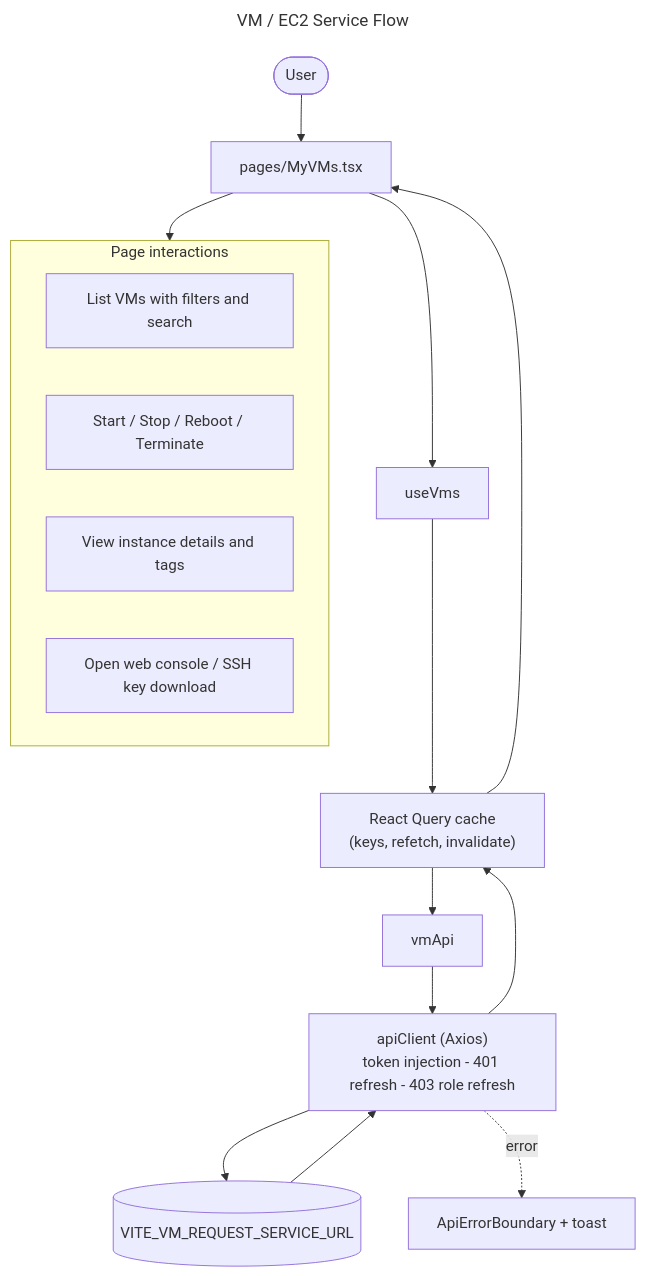
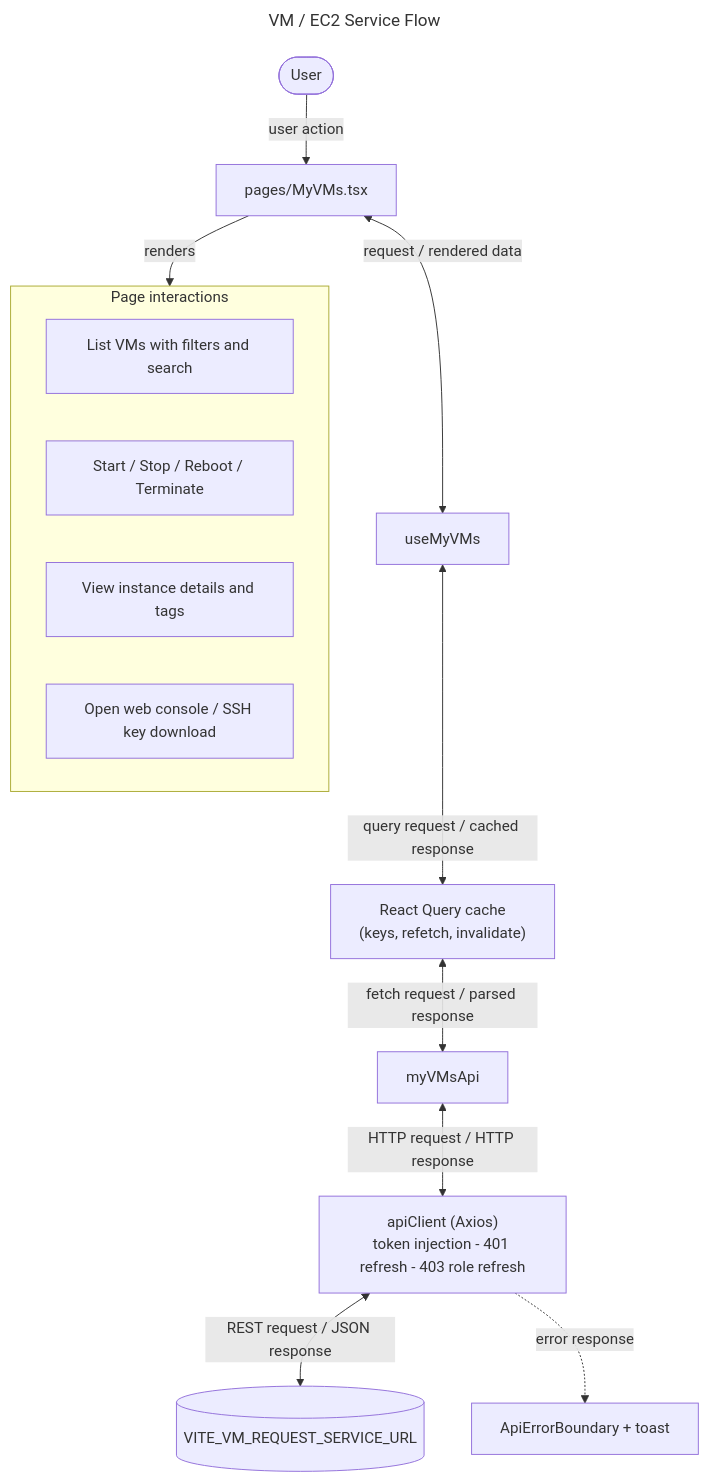
One commit to sayeeduddinofficial/user-table-view changed the diagram in docs/flowcharts/vm-ec2.mmd. Above: the diagram before and after it, drawn with Mermaid. The commit also changed 18 other files, not shown here.

```diff
--- a/docs/flowcharts/vm-ec2.mmd
+++ b/docs/flowcharts/vm-ec2.mmd
@@ -1,19 +1,18 @@
 ---
 title: VM / EC2 Service Flow
 ---
 flowchart TD
-  U([User]) --> P["pages/MyVMs.tsx"]
-  P --> H["useVms"]
-  H --> Q["React Query cache<br/>(keys, refetch, invalidate)"]
-  Q --> A["vmApi"]
-  A --> C["apiClient (Axios)<br/>token injection - 401 refresh - 403 role refresh"]
-  C --> S[("VITE_VM_REQUEST_SERVICE_URL")]
-  S --> C --> Q --> P
+  U([User]) -->|"user action"| P["pages/MyVMs.tsx"]
+  P <-->|"request / rendered data"| H["useMyVMs"]
+  H <-->|"query request / cached response"| Q["React Query cache<br/>(keys, refetch, invalidate)"]
+  Q <-->|"fetch request / parsed response"| A["myVMsApi"]
+  A <-->|"HTTP request / HTTP response"| C["apiClient (Axios)<br/>token injection - 401 refresh - 403 role refresh"]
+  C <-->|"REST request / JSON response"| S[("VITE_VM_REQUEST_SERVICE_URL")]
+  P -->|"renders"| UI
   subgraph UI[Page interactions]
     S0["List VMs with filters and search"]
     S1["Start / Stop / Reboot / Terminate"]
     S2["View instance details and tags"]
     S3["Open web console / SSH key download"]
   end
-  P --> UI
-  C -. error .-> E["ApiErrorBoundary + toast"]
+  C -. "error response" .-> E["ApiErrorBoundary + toast"]
```
